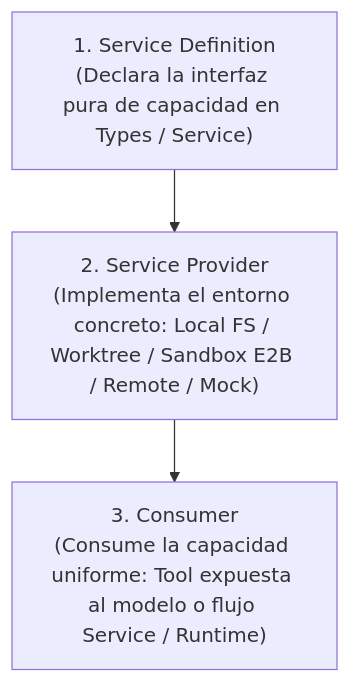
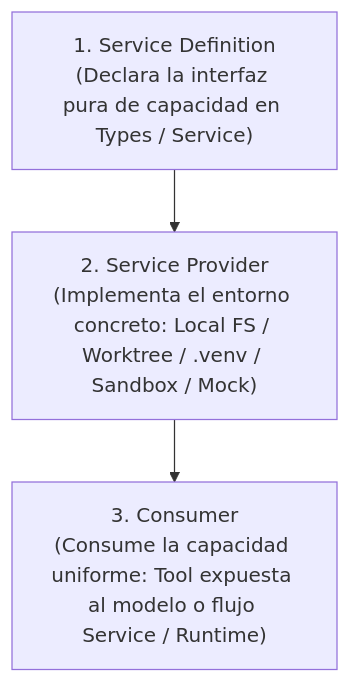
Before and after one commit to sebasD-mente/sebastian-web-Portafolio: the second of 2 diagrams in ARCHITECTURE.md, drawn with Mermaid. The commit also changed other lines of this file and 23 other files, not shown here.

````diff
--- a/ARCHITECTURE.md
+++ b/ARCHITECTURE.md
@@ -62,5 +76,5 @@
 ```mermaid
 flowchart TD
-    Def["1. Service Definition<br/>(Declara la interfaz pura de capacidad en Types / Service)"] --> Prov["2. Service Provider<br/>(Implementa el entorno concreto: Local FS / Worktree / Sandbox E2B / Remote / Mock)"]
+    Def["1. Service Definition<br/>(Declara la interfaz pura de capacidad en Types / Service)"] --> Prov["2. Service Provider<br/>(Implementa el entorno concreto: Local FS / Worktree / .venv / Sandbox / Mock)"]
     Prov --> Cons["3. Consumer<br/>(Consume la capacidad uniforme: Tool expuesta al modelo o flujo Service / Runtime)"]
 ```
````
